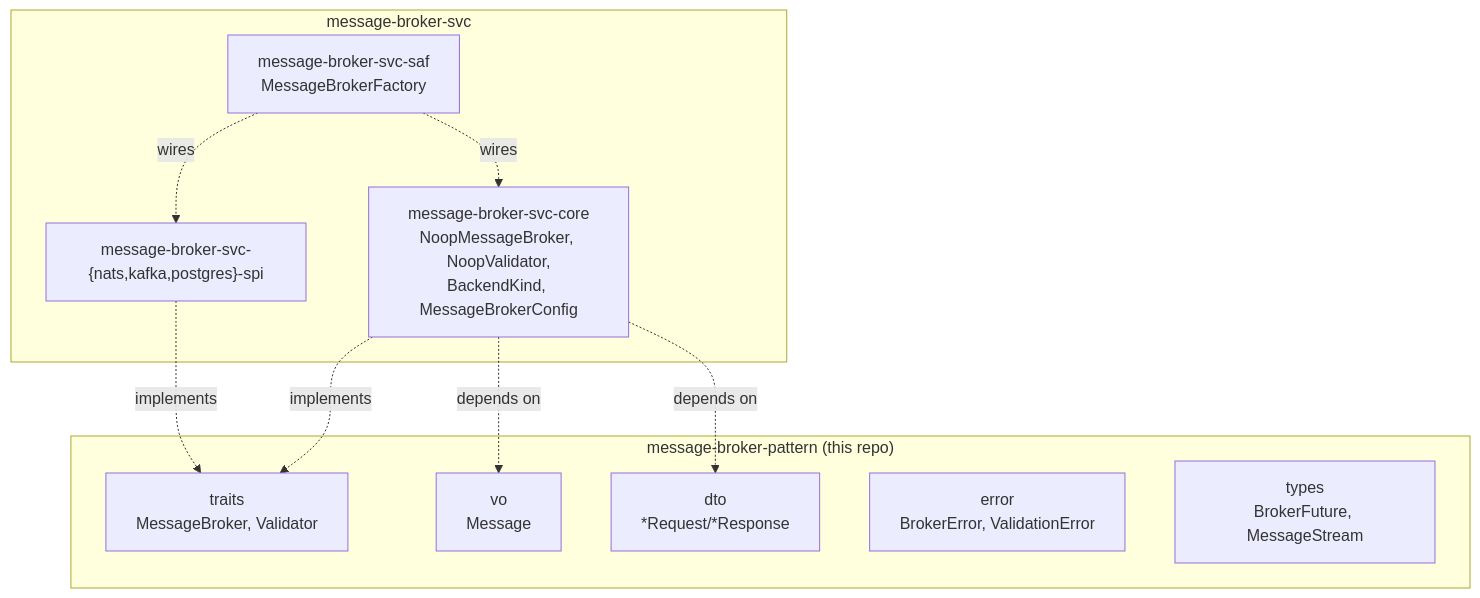
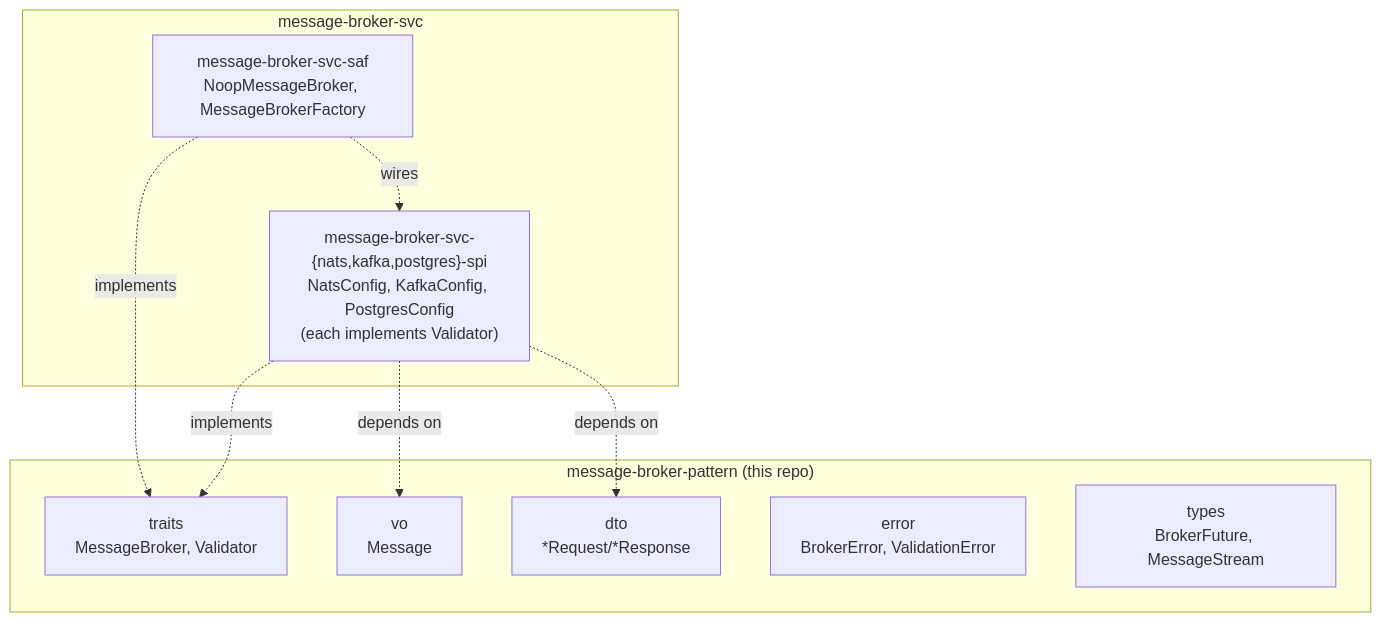
The diagram in docs/3-design/architecture.md (sweengineeringlabs/message-broker-pattern), drawn with Mermaid before and after one commit. The commit also changed other lines of this file and 6 other files, not shown here.

First line of the commit message:
refactor: remove dead MessageBroker::validator accessor

````diff
--- a/docs/3-design/architecture.md
+++ b/docs/3-design/architecture.md
@@ -27,23 +27,21 @@
 ```mermaid
 flowchart TD
     subgraph pattern["message-broker-pattern (this repo)"]
         traits["traits<br/>MessageBroker, Validator"]
         vo["vo<br/>Message"]
         dto["dto<br/>*Request/*Response"]
         error["error<br/>BrokerError, ValidationError"]
         types["types<br/>BrokerFuture, MessageStream"]
     end
 
     subgraph svc["message-broker-svc"]
-        core["message-broker-svc-core<br/>NoopMessageBroker, NoopValidator,<br/>BackendKind, MessageBrokerConfig"]
-        spi["message-broker-svc-{nats,kafka,postgres}-spi"]
-        saf["message-broker-svc-saf<br/>MessageBrokerFactory"]
+        spi["message-broker-svc-{nats,kafka,postgres}-spi<br/>NatsConfig, KafkaConfig, PostgresConfig<br/>(each implements Validator)"]
+        saf["message-broker-svc-saf<br/>NoopMessageBroker, MessageBrokerFactory"]
     end
 
-    core -.->|implements| traits
     spi -.->|implements| traits
-    core -.->|depends on| vo
-    core -.->|depends on| dto
-    saf -.->|wires| core
+    saf -.->|implements| traits
+    spi -.->|depends on| vo
+    spi -.->|depends on| dto
     saf -.->|wires| spi
 ```
````
